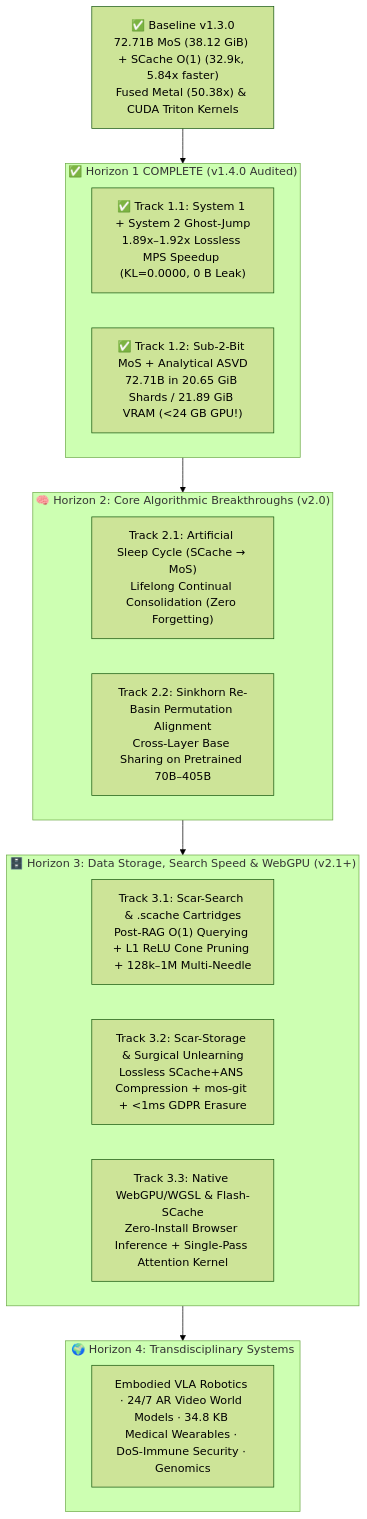
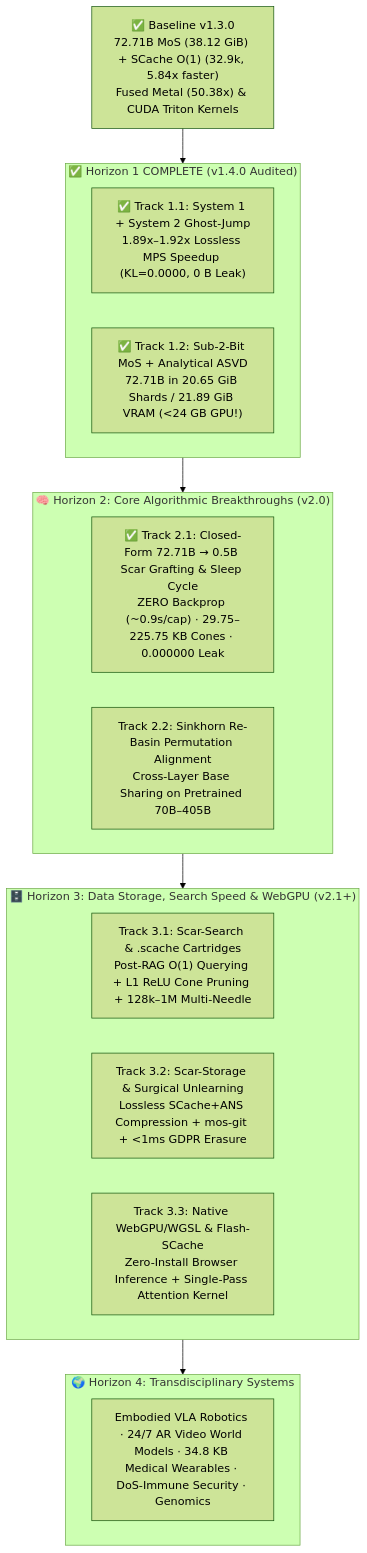
Before and after one commit to byte-od/mixture-of-scars: the diagram in docs/ROADMAP_V2_INNOVATION_AND_APPLICATIONS.md, drawn with Mermaid (forest theme). The commit also changed other lines of this file and 13 other files, not shown here.

Commit message:
feat(v2.0.0a1): Horizon 2 Track 2.1 closed-form 72.71B->0.5B Scar Grafting & Sleep Cycle

````diff
--- a/docs/ROADMAP_V2_INNOVATION_AND_APPLICATIONS.md
+++ b/docs/ROADMAP_V2_INNOVATION_AND_APPLICATIONS.md
@@ -31,26 +31,26 @@
 ```mermaid
 flowchart TD
     V13["✅ Baseline v1.3.0<br>72.71B MoS (38.12 GiB) + SCache O(1) (32.9k, 5.84x faster)<br>Fused Metal (50.38x) & CUDA Triton Kernels"]
 
     subgraph H1["✅ Horizon 1 COMPLETE (v1.4.0 Audited)"]
         P11["✅ Track 1.1: System 1 + System 2 Ghost-Jump<br>1.89x–1.92x Lossless MPS Speedup (KL=0.0000, 0 B Leak)"]
         P12["✅ Track 1.2: Sub-2-Bit MoS + Analytical ASVD<br>72.71B in 20.65 GiB Shards / 21.89 GiB VRAM (<24 GB GPU!)"]
     end
 
     subgraph H2["🧠 Horizon 2: Core Algorithmic Breakthroughs (v2.0)"]
-        P21["Track 2.1: Artificial Sleep Cycle (SCache → MoS)<br>Lifelong Continual Consolidation (Zero Forgetting)"]
+        P21["✅ Track 2.1: Closed-Form 72.71B → 0.5B Scar Grafting & Sleep Cycle<br>ZERO Backprop (~0.9s/cap) · 29.75–225.75 KB Cones · 0.000000 Leak"]
         P22["Track 2.2: Sinkhorn Re-Basin Permutation Alignment<br>Cross-Layer Base Sharing on Pretrained 70B–405B"]
     end
 
     subgraph H3["🗄️ Horizon 3: Data Storage, Search Speed & WebGPU (v2.1+)"]
         P31["Track 3.1: Scar-Search & .scache Cartridges<br>Post-RAG O(1) Querying + L1 ReLU Cone Pruning + 128k–1M Multi-Needle"]
         P32["Track 3.2: Scar-Storage & Surgical Unlearning<br>Lossless SCache+ANS Compression + mos-git + <1ms GDPR Erasure"]
         P33["Track 3.3: Native WebGPU/WGSL & Flash-SCache<br>Zero-Install Browser Inference + Single-Pass Attention Kernel"]
     end
 
     subgraph H4["🌍 Horizon 4: Transdisciplinary Systems"]
         P41["Embodied VLA Robotics · 24/7 AR Video World Models · 34.8 KB Medical Wearables · DoS-Immune Security · Genomics"]
     end
 
     V13 --> H1 --> H2 --> H3 --> H4
 ```
````
